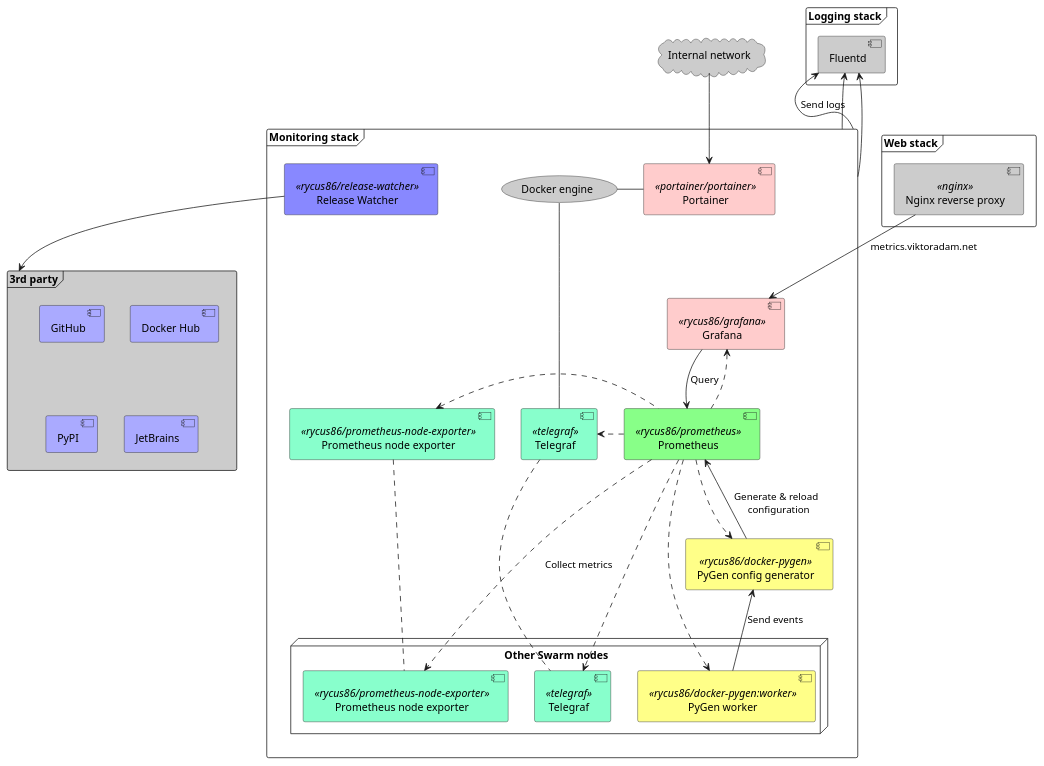
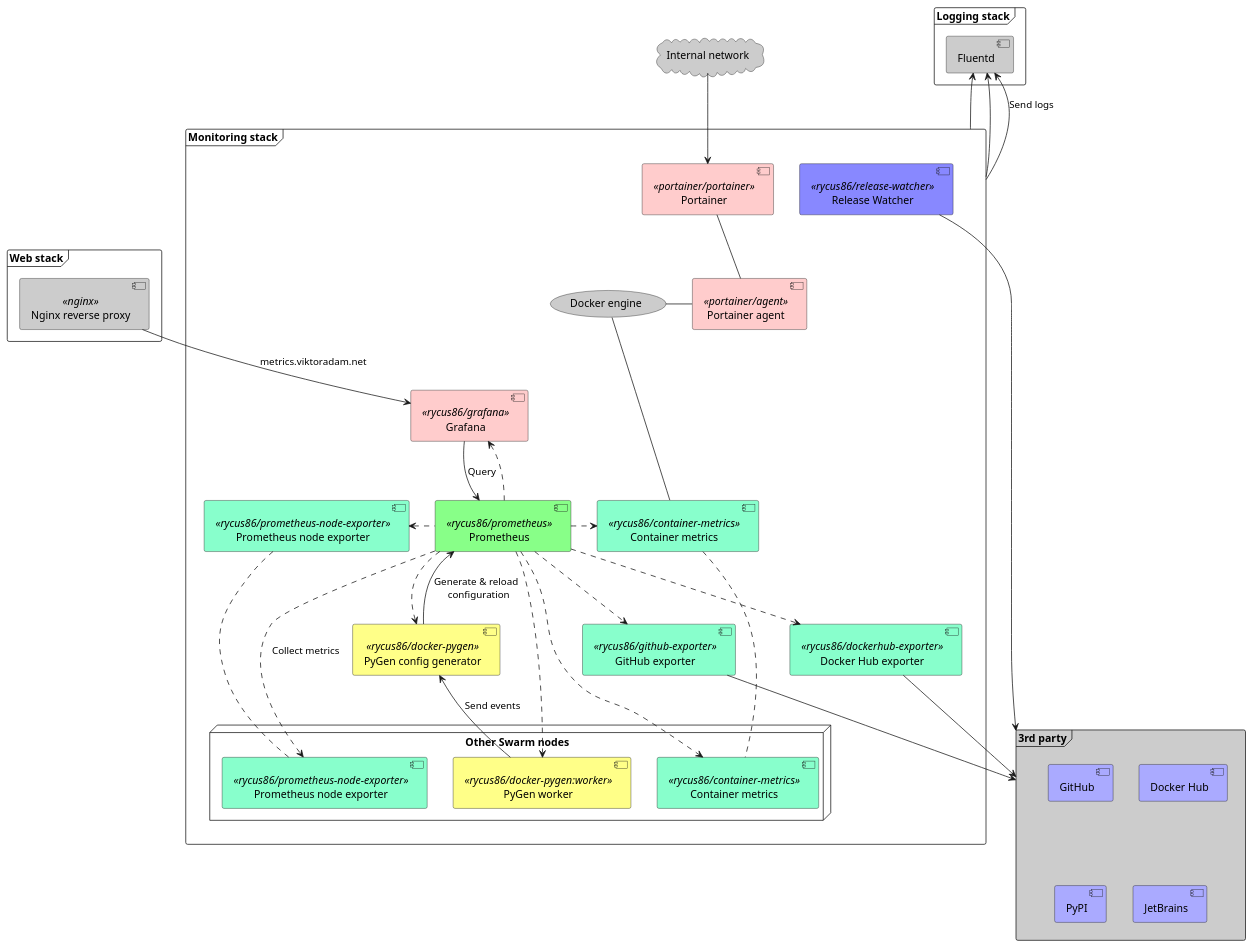
Before and after one commit to rycus86/home-stack-monitoring: the diagram in stack.puml, drawn with PlantUML. The commit also changed 1 other file, not shown here.

```diff
--- a/stack.puml
+++ b/stack.puml
@@ -1,66 +1,75 @@
 @startuml
 
 frame "Monitoring stack" as stack {
     [Prometheus] << rycus86/prometheus >> as prometheus #8f8
     [Prometheus node exporter] << rycus86/prometheus-node-exporter >> as node_exporter #8fc
-    [Telegraf] << telegraf >> as telegraf #8fc
+    [Container metrics] << rycus86/container-metrics >> as container_metrics #8fc
     [Grafana] << rycus86/grafana >> as grafana #fcc
     [Portainer] << portainer/portainer >> as portainer #fcc
+    [Portainer agent] << portainer/agent >> as portainer_agent #fcc
     [Release Watcher] << rycus86/release-watcher >> as release_watcher #88f
+    [GitHub exporter] << rycus86/github-exporter >> as github_exporter #8fc
+    [Docker Hub exporter] << rycus86/dockerhub-exporter >> as dockerhub_exporter #8fc
 
     [PyGen config generator] << rycus86/docker-pygen >> as pygen #ff8
 
     (Docker engine) as docker #ccc
 
     node "Other Swarm nodes" {
         [Prometheus node exporter] << rycus86/prometheus-node-exporter >> as node_exporter_2 #8fc
-        [Telegraf] << telegraf >> as telegraf_2 #8fc
+        [Container metrics] << rycus86/container-metrics >> as container_metrics_2 #8fc
+        [Portainer agent] << portainer/agent >> as portainer_agent #fcc
 
         [PyGen worker] << rycus86/docker-pygen:worker >> as pygen_worker #ff8
     }
 }
 
 cloud "Internal network" as intnet #ccc
 
 frame "Web stack" as web_stack {
     [Nginx reverse proxy] << nginx >> as nginx #ccc
 }
 
 frame "3rd party" as 3rd_party #ccc {
     [GitHub] #aaf
     [Docker Hub] #aaf
     [PyPI] #aaf
     [JetBrains] #aaf
 }
 
 frame "Logging stack" {
     [Fluentd] #ccc
 }
 
 nginx --> grafana : metrics.viktoradam.net
 grafana --> prometheus : Query
 grafana <.. prometheus
 pygen -u-> prometheus : Generate & reload \n configuration
 pygen_worker -u-> pygen : Send events
 
 prometheus .l.> node_exporter
-prometheus .r.> telegraf
+prometheus .r.> container_metrics
 prometheus ..> pygen
+prometheus ..> github_exporter
+prometheus ..> dockerhub_exporter
 prometheus ...> node_exporter_2 : Collect metrics
-prometheus ...> telegraf_2
+prometheus ...> container_metrics_2
 prometheus ...> pygen_worker
 
 node_exporter .. node_exporter_2
-telegraf .. telegraf_2
+container_metrics .. container_metrics_2
 
 intnet --> portainer
-portainer -l- docker
-telegraf -u-- docker
+portainer -- portainer_agent
+portainer_agent -l- docker
+container_metrics -u-- docker
 
 release_watcher --> 3rd_party
+github_exporter --> 3rd_party
+dockerhub_exporter --> 3rd_party
 
 stack -u-> [Fluentd]
 stack -u-> [Fluentd]
 stack -u-> [Fluentd] : Send logs
 
 @enduml
```
